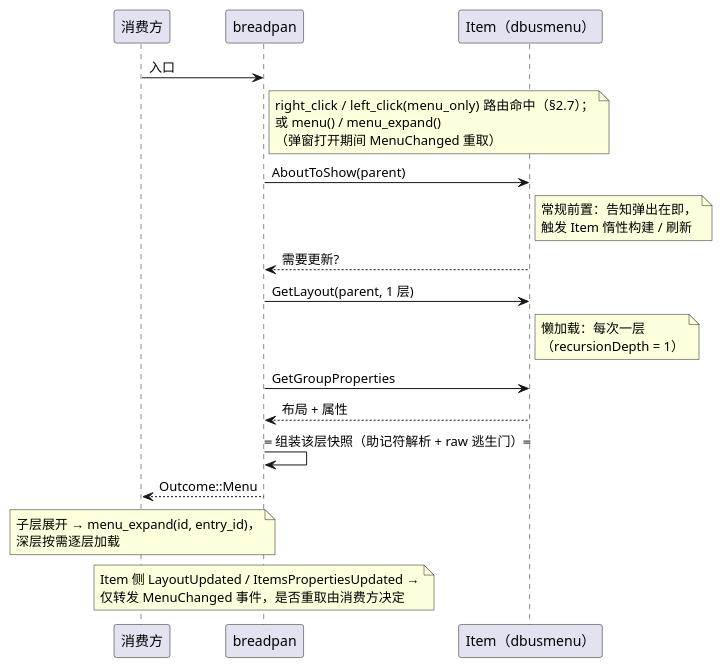
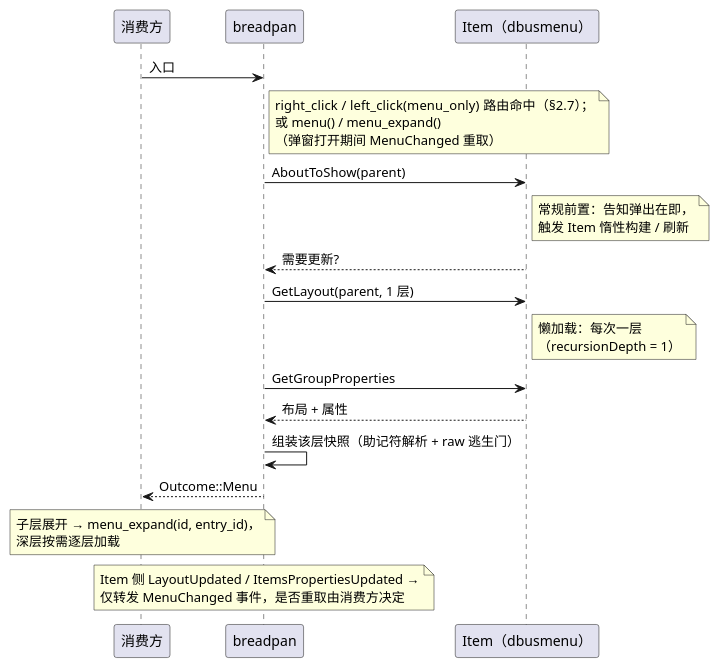
One commit to 54m43lJ/BreadKnife changed the diagram in diagram/breadpan-menu.puml. Above: the diagram before and after it, drawn with PlantUML. The commit also changed 13 other files, not shown here.

First line of the commit message:
docs(diagram): 清理 == 残留；§2.7 活动图对照修订

```diff
--- a/diagram/breadpan-menu.puml
+++ b/diagram/breadpan-menu.puml
@@ -1,35 +1,35 @@
 @startuml breadpan-menu
 participant 消费方
 participant breadpan
 participant "Item（dbusmenu）" as item
 
 消费方 -> breadpan: 入口
 note right of breadpan
   right_click / left_click(menu_only) 路由命中（§2.7）；
   或 menu() / menu_expand()
   （弹窗打开期间 MenuChanged 重取）
 end note
 breadpan -> item: AboutToShow(parent)
 note right of item
   常规前置：告知弹出在即，
   触发 Item 惰性构建 / 刷新
 end note
 item --> breadpan: 需要更新?
 breadpan -> item: GetLayout(parent, 1 层)
 note right of item
   懒加载：每次一层
   （recursionDepth = 1）
 end note
 breadpan -> item: GetGroupProperties
 item --> breadpan: 布局 + 属性
-breadpan -> breadpan: == 组装该层快照（助记符解析 + raw 逃生门）==
+breadpan -> breadpan: 组装该层快照（助记符解析 + raw 逃生门）
 breadpan --> 消费方: Outcome::Menu
 note over 消费方
   子层展开 → menu_expand(id, entry_id)，
   深层按需逐层加载
 end note
 note over breadpan
   Item 侧 LayoutUpdated / ItemsPropertiesUpdated →
   仅转发 MenuChanged 事件，是否重取由消费方决定
 end note
 @enduml
```
